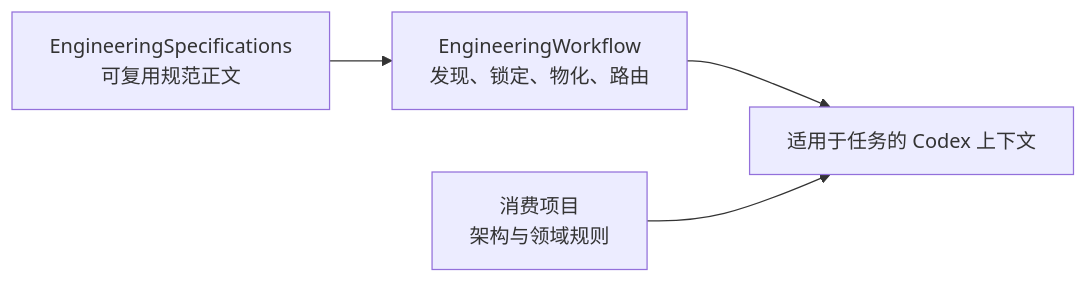
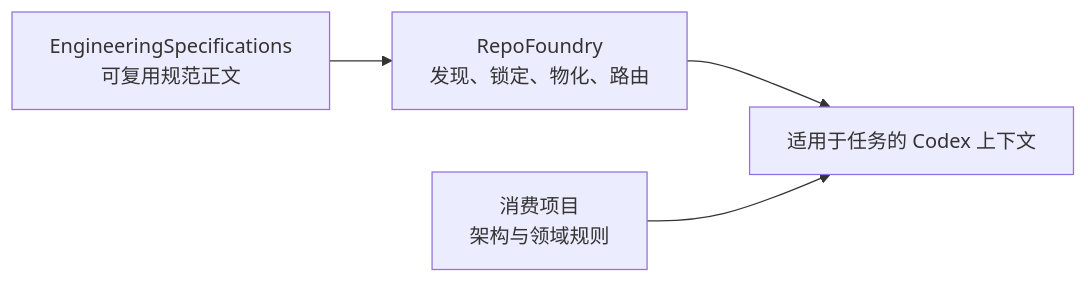
One commit to XiaoWeiKIN/EngineeringSpecifications changed the fourth of 4 diagrams in docs/specification-model.zh-CN.md. Above: the diagram before and after it, drawn with Mermaid. The commit also changed other lines of this file and 13 other files, not shown here.

````diff
--- a/docs/specification-model.zh-CN.md
+++ b/docs/specification-model.zh-CN.md
@@ -138,11 +187,11 @@
 ```mermaid
 flowchart LR
     Specs["EngineeringSpecifications<br/>可复用规范正文"]
-    Workflow["EngineeringWorkflow<br/>发现、锁定、物化、路由"]
+    Workflow["RepoFoundry<br/>发现、锁定、物化、路由"]
     Project["消费项目<br/>架构与领域规则"]
     Context["适用于任务的 Codex 上下文"]
 
     Specs --> Workflow
     Workflow --> Context
     Project --> Context
 ```
````
